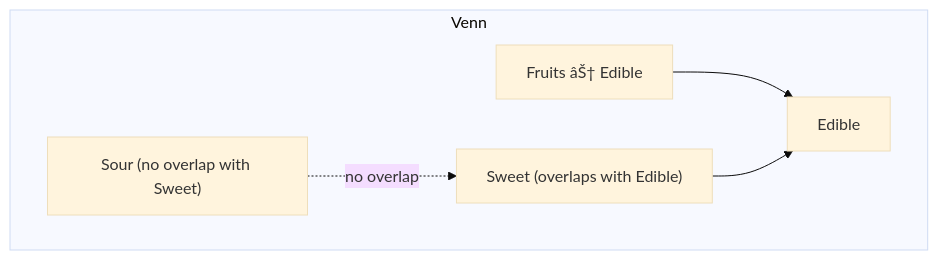
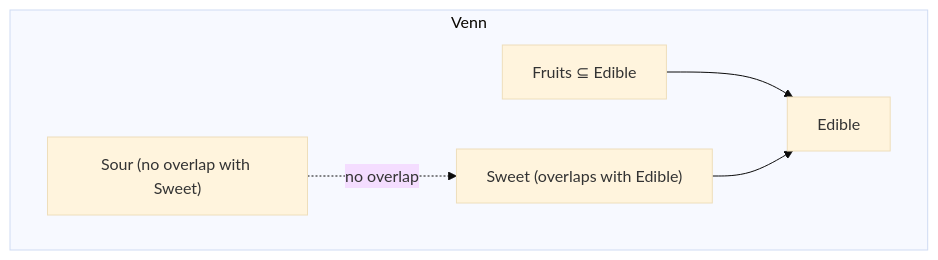
One commit to Raushan666java/ai-engineering-journey changed the second of 3 diagrams in docs/courses/government-pyqs/05-ibps-so-2020.md. Above: the diagram before and after it, drawn with Mermaid (base theme). The commit also changed other lines of this file and 965 other files, not shown here.

````diff
--- a/docs/courses/government-pyqs/05-ibps-so-2020.md
+++ b/docs/courses/government-pyqs/05-ibps-so-2020.md
@@ -348,12 +348,12 @@
 ```mermaid
 graph TD
     subgraph Venn
-        F["Fruits âŠ† Edible"]
+        F["Fruits ⊆ Edible"]
         E["Edible"]
         S["Sweet (overlaps with Edible)"]
         R["Sour (no overlap with Sweet)"]
     end
     F --> E
     S --> E
     R -. "no overlap" .-> S
 ```
````
